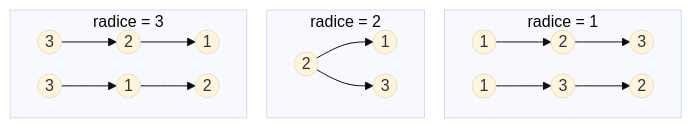
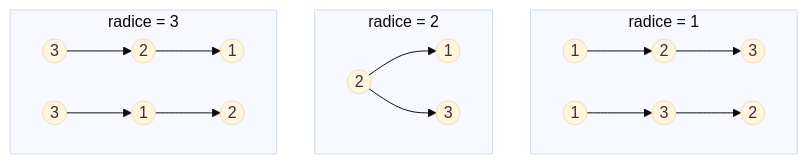
One commit to matteogiorgi/geonote changed the first of 2 diagrams in problema_bst.md. Above: the diagram before and after it, drawn with Mermaid (base theme).

Commit message:
fix: update mermaid initialization parameters for flowchart in problema_bst.md

````diff
--- a/problema_bst.md
+++ b/problema_bst.md
@@ -7,20 +7,20 @@
 ```mermaid
-%%{init: {"flowchart": {"nodeSpacing": 20, "rankSpacing": 30}}}%%
+%%{init: {"flowchart": {"nodeSpacing": 38, "rankSpacing": 40}}}%%
 flowchart TD
     subgraph R1["radice = 1"]
         a1((1)) --> a2((2))
         a2 --> a3((3))
         b1((1)) --> b2((3))
         b2 --> b3((2))
     end
     subgraph R2["radice = 2"]
         c1((2)) --> c2((1))
         c1 --> c3((3))
     end
     subgraph R3["radice = 3"]
         d1((3)) --> d2((2))
         d2 --> d3((1))
         e1((3)) --> e2((1))
         e2 --> e3((2))
     end
 ```
````
